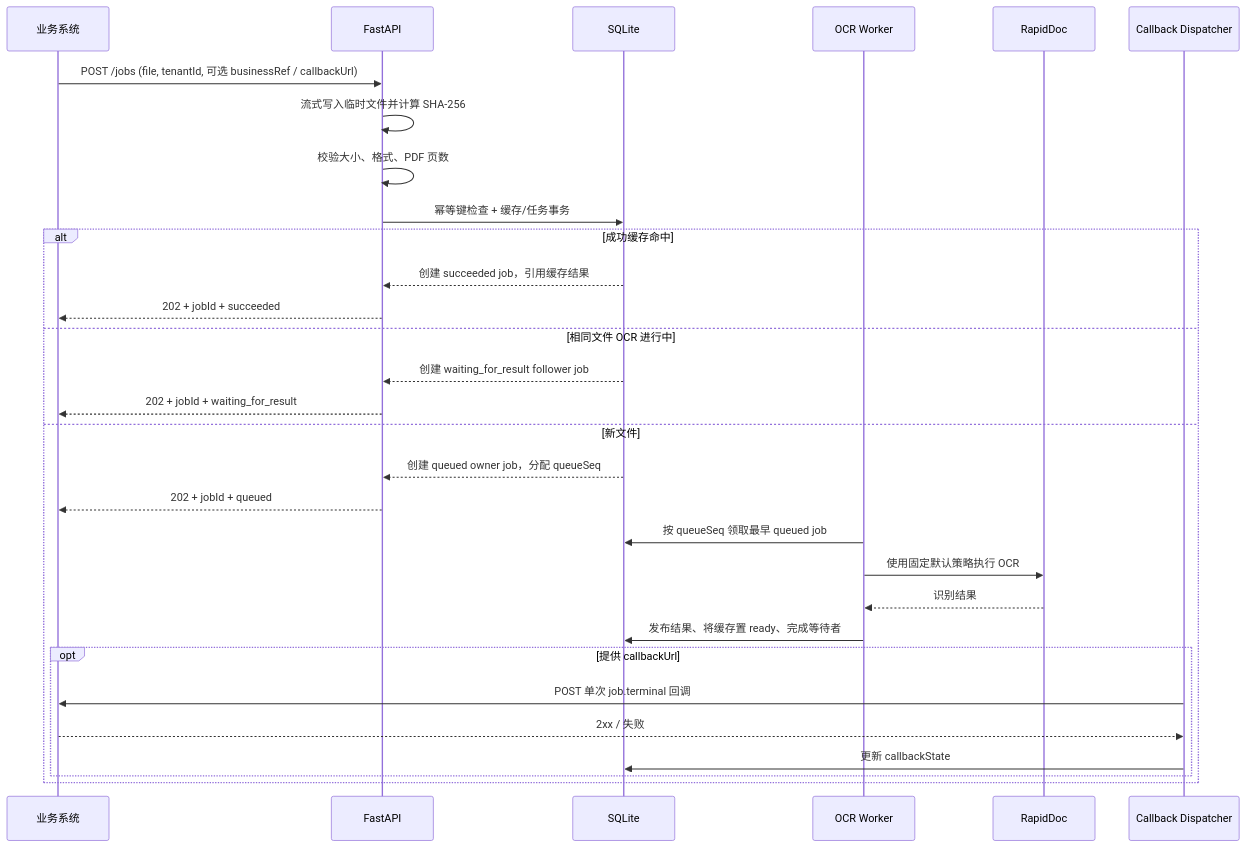
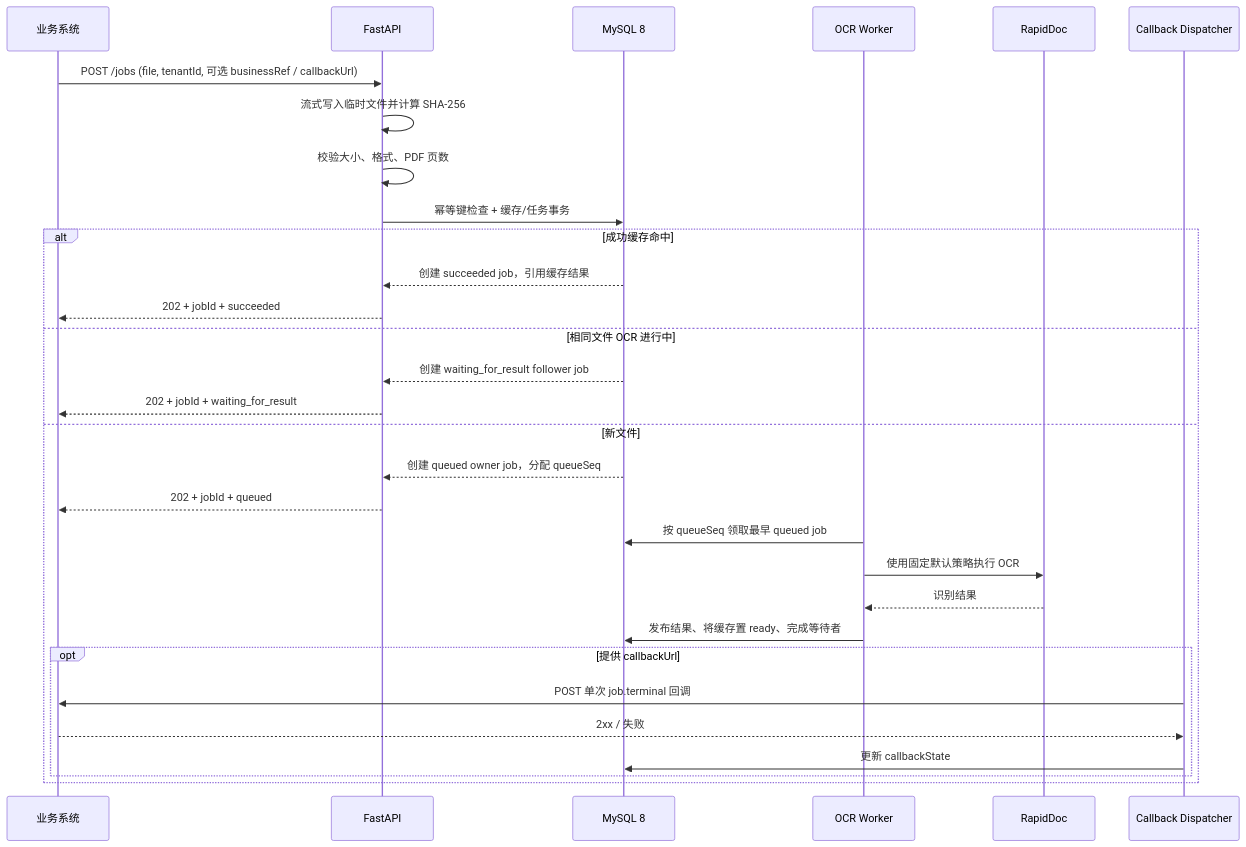
The second of 5 diagrams in docs/architecture/rapid-doc-async-job-concurrency-consensus-zh-CN.md (lizz0725/RapidDoc), drawn with Mermaid before and after one commit. The commit also changed other lines of this file and 23 other files, not shown here.

````diff
--- a/docs/architecture/rapid-doc-async-job-concurrency-consensus-zh-CN.md
+++ b/docs/architecture/rapid-doc-async-job-concurrency-consensus-zh-CN.md
@@ -97,33 +97,33 @@
 ```mermaid
 sequenceDiagram
     participant Client as 业务系统
     participant API as FastAPI
-    participant DB as SQLite
+    participant DB as MySQL 8
     participant W as OCR Worker
     participant RD as RapidDoc
     participant CB as Callback Dispatcher
 
     Client->>API: POST /jobs (file, tenantId, 可选 businessRef / callbackUrl)
     API->>API: 流式写入临时文件并计算 SHA-256
     API->>API: 校验大小、格式、PDF 页数
     API->>DB: 幂等键检查 + 缓存/任务事务
     alt 成功缓存命中
         DB-->>API: 创建 succeeded job，引用缓存结果
         API-->>Client: 202 + jobId + succeeded
     else 相同文件 OCR 进行中
         DB-->>API: 创建 waiting_for_result follower job
         API-->>Client: 202 + jobId + waiting_for_result
     else 新文件
         DB-->>API: 创建 queued owner job，分配 queueSeq
         API-->>Client: 202 + jobId + queued
         W->>DB: 按 queueSeq 领取最早 queued job
         W->>RD: 使用固定默认策略执行 OCR
         RD-->>W: 识别结果
         W->>DB: 发布结果、将缓存置 ready、完成等待者
         opt 提供 callbackUrl
             CB->>Client: POST 单次 job.terminal 回调
             Client-->>CB: 2xx / 失败
             CB->>DB: 更新 callbackState
         end
     end
 ```
````
